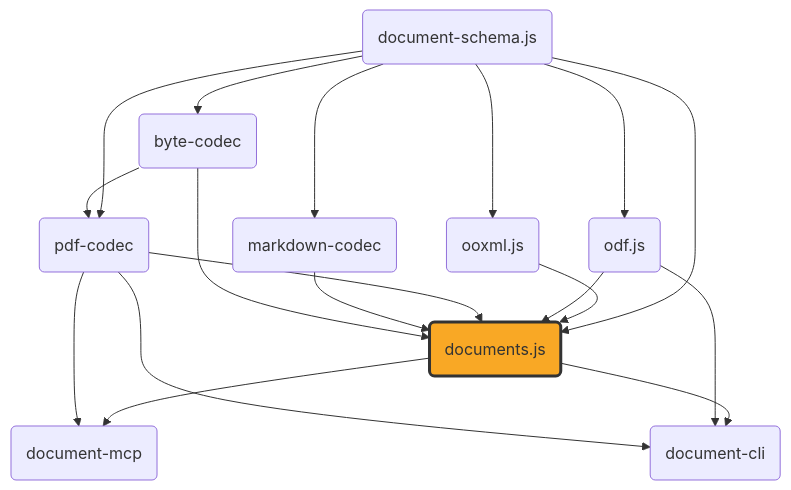
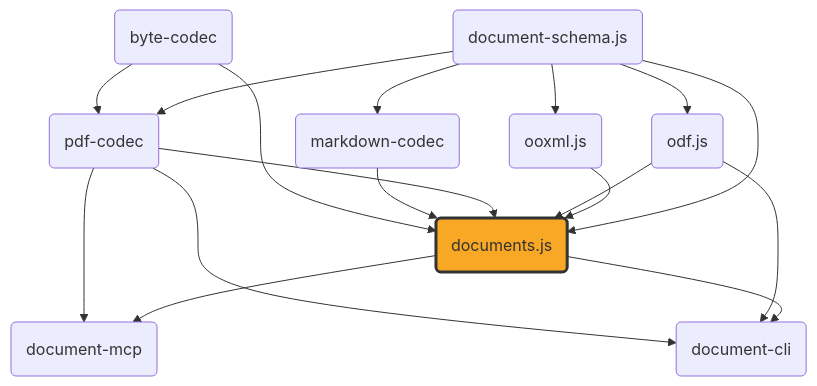
One commit to ExaDev/documents.js changed the diagram in README.md. Above: the diagram before and after it, drawn with Mermaid.

Commit message:
docs: drop spurious schema-to-byte-codec edge from the dependency graph
byte-codec's only dependency is fflate; it does not depend on
document-schema.js, so the schema --> bytecodec edge was wrong.

````diff
--- a/README.md
+++ b/README.md
@@ -9,42 +9,41 @@
 ```mermaid
 graph TD
     schema("document-schema.js")
     ooxml("ooxml.js")
     odf("odf.js")
     pdfcodec("pdf-codec")
     mdcodec("markdown-codec")
     bytecodec("byte-codec")
     documents("documents.js")
     mcp("document-mcp")
     cli("document-cli")
 
     schema --> ooxml
     schema --> odf
     schema --> pdfcodec
     schema --> mdcodec
     schema --> documents
-    schema --> bytecodec
     ooxml --> documents
     odf --> documents
     pdfcodec --> documents
     mdcodec --> documents
     bytecodec --> pdfcodec
     bytecodec --> documents
     documents --> mcp
     pdfcodec --> mcp
     documents --> cli
     odf --> cli
     pdfcodec --> cli
 
     click schema "https://github.com/ExaDev/document-schema.js" "document-schema.js"
     click ooxml "https://github.com/ExaDev/ooxml.js" "ooxml.js"
     click odf "https://github.com/ExaDev/odf.js" "odf.js"
     click pdfcodec "https://github.com/ExaDev/pdf-codec" "pdf-codec"
     click mdcodec "https://github.com/ExaDev/markdown-codec" "markdown-codec"
     click bytecodec "https://github.com/ExaDev/byte-codec" "byte-codec"
     click documents "https://github.com/ExaDev/documents.js" "documents.js"
     click mcp "https://github.com/ExaDev/document-mcp" "document-mcp"
     click cli "https://github.com/ExaDev/document-cli" "document-cli"
 
     style documents fill:#f9a825,stroke:#333,stroke-width:3px
 ```
````
